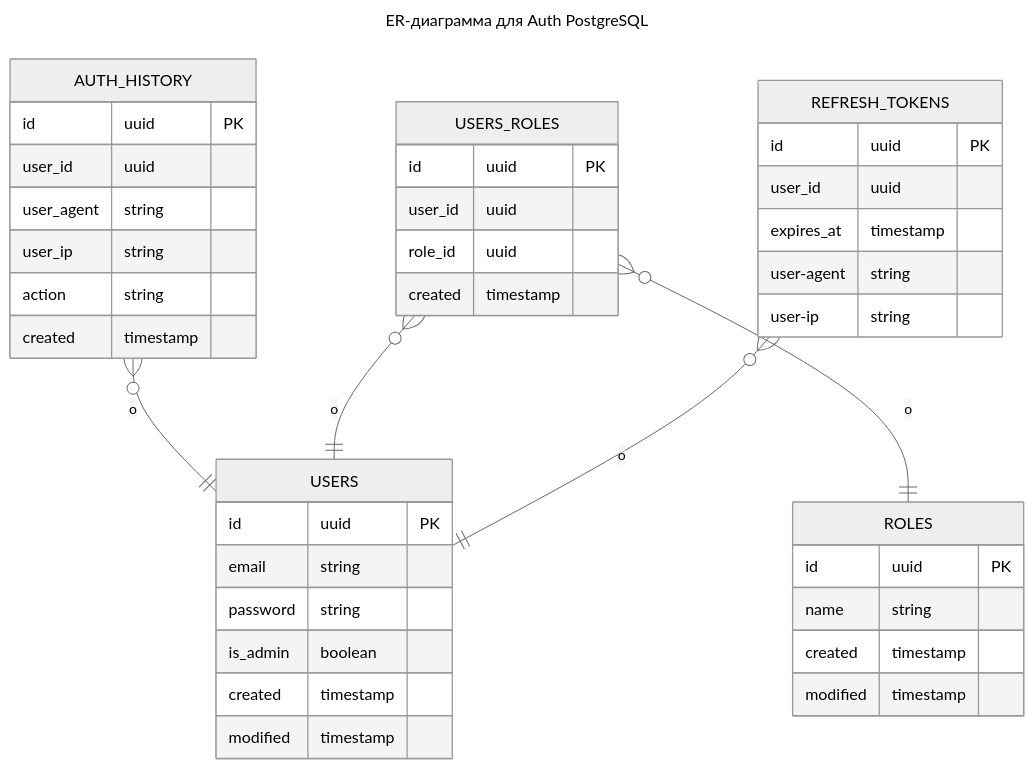
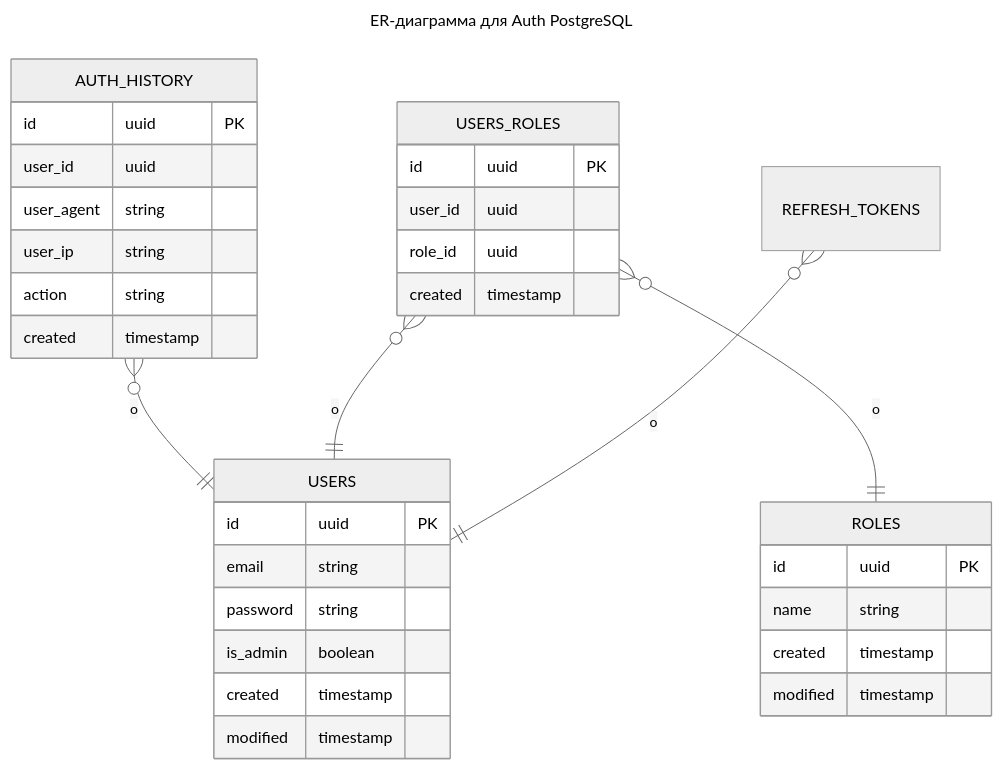
One commit to Dbl4/Auth_sprint_1 changed the diagram in documentation/auth-api/auth-er-diagram.md. Above: the diagram before and after it, drawn with Mermaid (neutral theme). The commit also changed other lines of this file and 9 other files, not shown here.

First line of the commit message:
Update docs and models to store refresh-tokens in redis (#10)

````diff
--- a/documentation/auth-api/auth-er-diagram.md
+++ b/documentation/auth-api/auth-er-diagram.md
@@ -1,51 +1,43 @@
 ```mermaid
 ---
 title: ER-диаграмма для Auth PostgreSQL
 ---
 erDiagram
 
 USERS {
     id uuid PK
     email string
     password string
     is_admin boolean
     created timestamp
     modified timestamp
-}
-
-AUTH_HISTORY {
-    id uuid PK
-    user_id uuid
-    user_agent string
-    user_ip string
-    action string
-    created timestamp
 }
 
 ROLES {
     id uuid PK
     name string
     created timestamp
     modified timestamp
 }
 
 USERS_ROLES {
     id uuid PK
     user_id uuid
     role_id uuid
     created timestamp
 }
 
-REFRESH_TOKENS {
+AUTH_HISTORY {
     id uuid PK
     user_id uuid
-    expires_at timestamp
-    user-agent string
-    user-ip string
+    user_agent string
+    user_ip string
+    action string
+    created timestamp
 }
 
 AUTH_HISTORY }o--|| USERS: o
 USERS_ROLES }o--|| USERS: o
 USERS_ROLES }o--|| ROLES: o
 REFRESH_TOKENS }o--|| USERS: o
 ```
````
